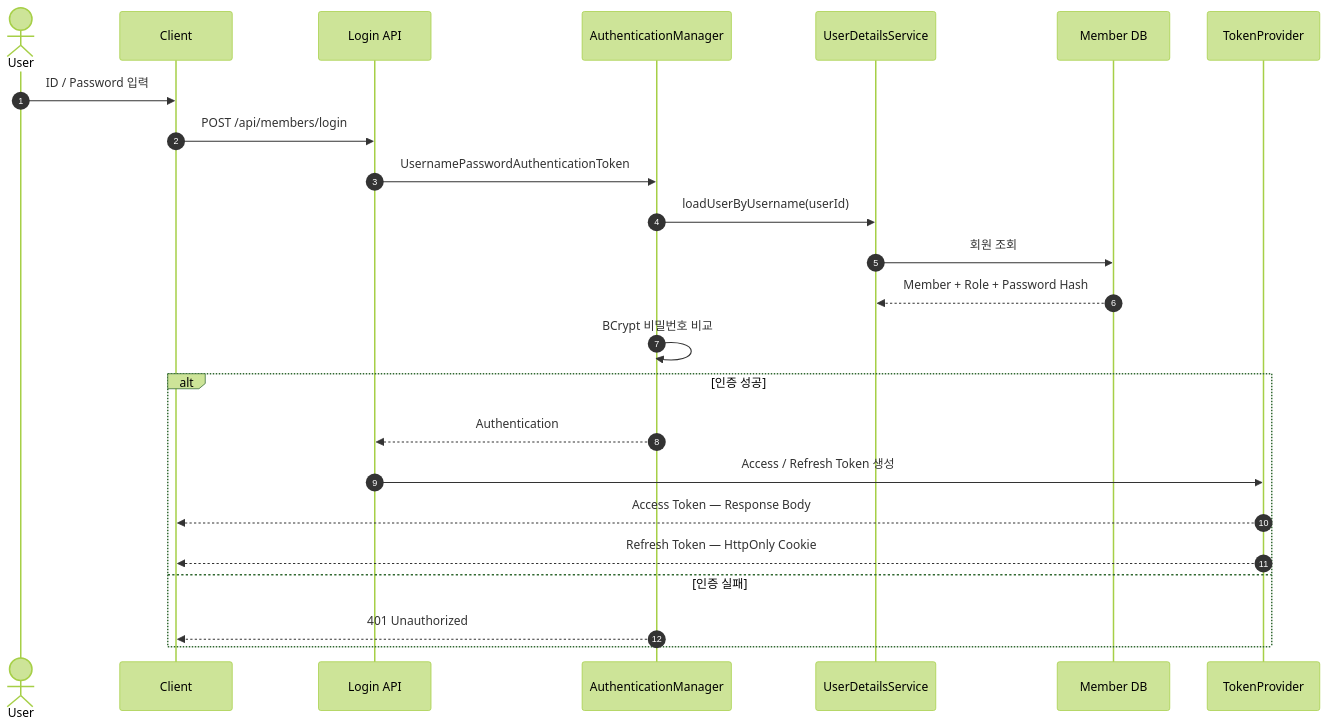
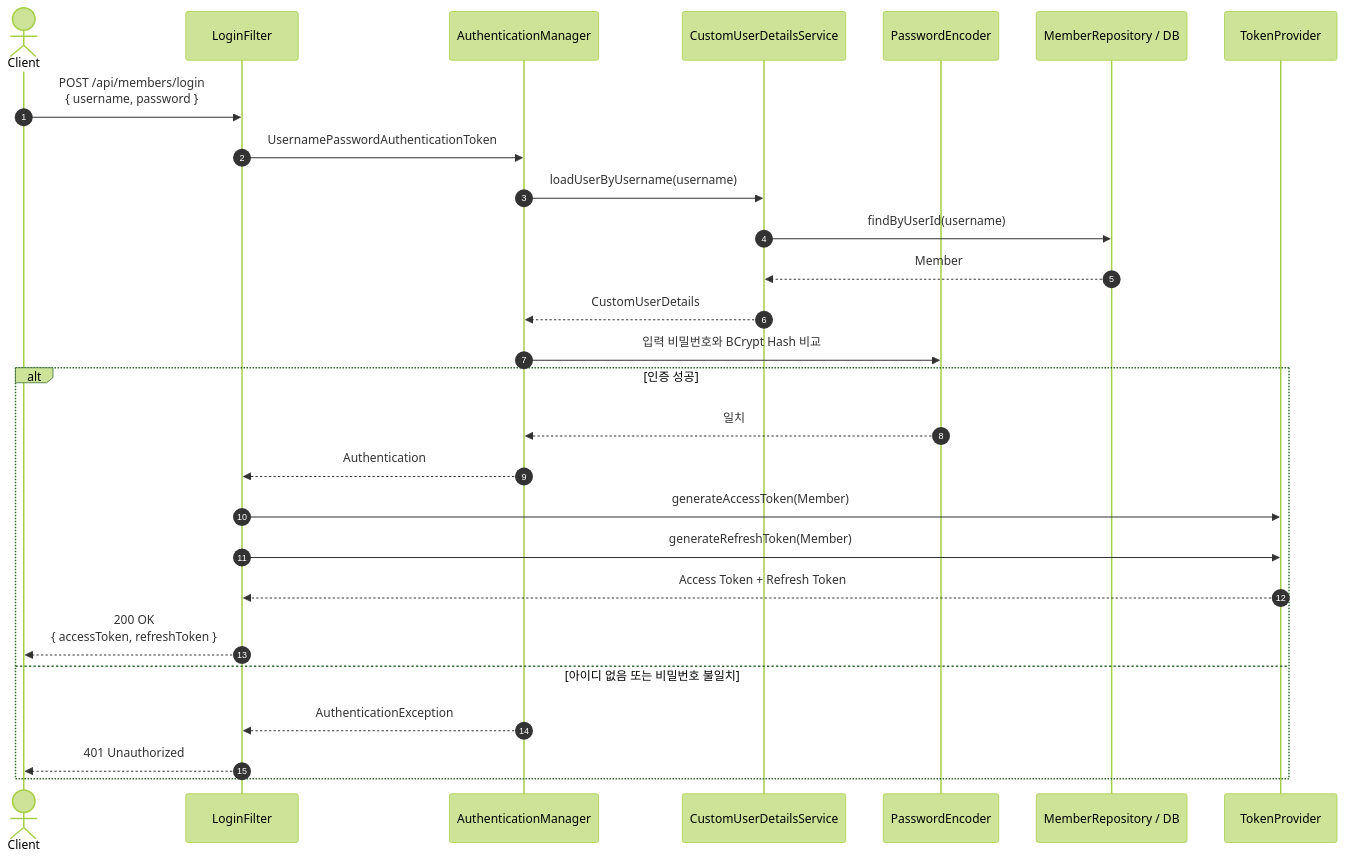
One commit to Kimm-jin/Programmers-dev-lect changed the first of 5 diagrams in report/Spring-security/basic-board/README.md. Above: the diagram before and after it, drawn with Mermaid (forest theme). The commit also changed other lines of this file and 27 other files, not shown here.

Commit message:
spring-security token

````diff
--- a/report/Spring-security/basic-board/README.md
+++ b/report/Spring-security/basic-board/README.md
@@ -35,28 +32,31 @@
 ```mermaid
 sequenceDiagram
     autonumber
-    actor User
-    participant Client
-    participant API as Login API
-    participant Security as AuthenticationManager
-    participant UDS as UserDetailsService
-    participant DB as Member DB
+    actor Client
+    participant LF as LoginFilter
+    participant AM as AuthenticationManager
+    participant UDS as CustomUserDetailsService
+    participant PE as PasswordEncoder
+    participant DB as MemberRepository / DB
     participant JWT as TokenProvider
 
-    User->>Client: ID / Password 입력
-    Client->>API: POST /api/members/login
-    API->>Security: UsernamePasswordAuthenticationToken
-    Security->>UDS: loadUserByUsername(userId)
-    UDS->>DB: 회원 조회
-    DB-->>UDS: Member + Role + Password Hash
-    Security->>Security: BCrypt 비밀번호 비교
+    Client->>LF: POST /api/members/login<br/>{ username, password }
+    LF->>AM: UsernamePasswordAuthenticationToken
+    AM->>UDS: loadUserByUsername(username)
+    UDS->>DB: findByUserId(username)
+    DB-->>UDS: Member
+    UDS-->>AM: CustomUserDetails
+    AM->>PE: 입력 비밀번호와 BCrypt Hash 비교
 
     alt 인증 성공
-        Security-->>API: Authentication
-        API->>JWT: Access / Refresh Token 생성
-        JWT-->>Client: Access Token — Response Body
-        JWT-->>Client: Refresh Token — HttpOnly Cookie
-    else 인증 실패
-        Security-->>Client: 401 Unauthorized
+        PE-->>AM: 일치
+        AM-->>LF: Authentication
+        LF->>JWT: generateAccessToken(Member)
+        LF->>JWT: generateRefreshToken(Member)
+        JWT-->>LF: Access Token + Refresh Token
+        LF-->>Client: 200 OK<br/>{ accessToken, refreshToken }
+    else 아이디 없음 또는 비밀번호 불일치
+        AM-->>LF: AuthenticationException
+        LF-->>Client: 401 Unauthorized
     end
 ```
````
